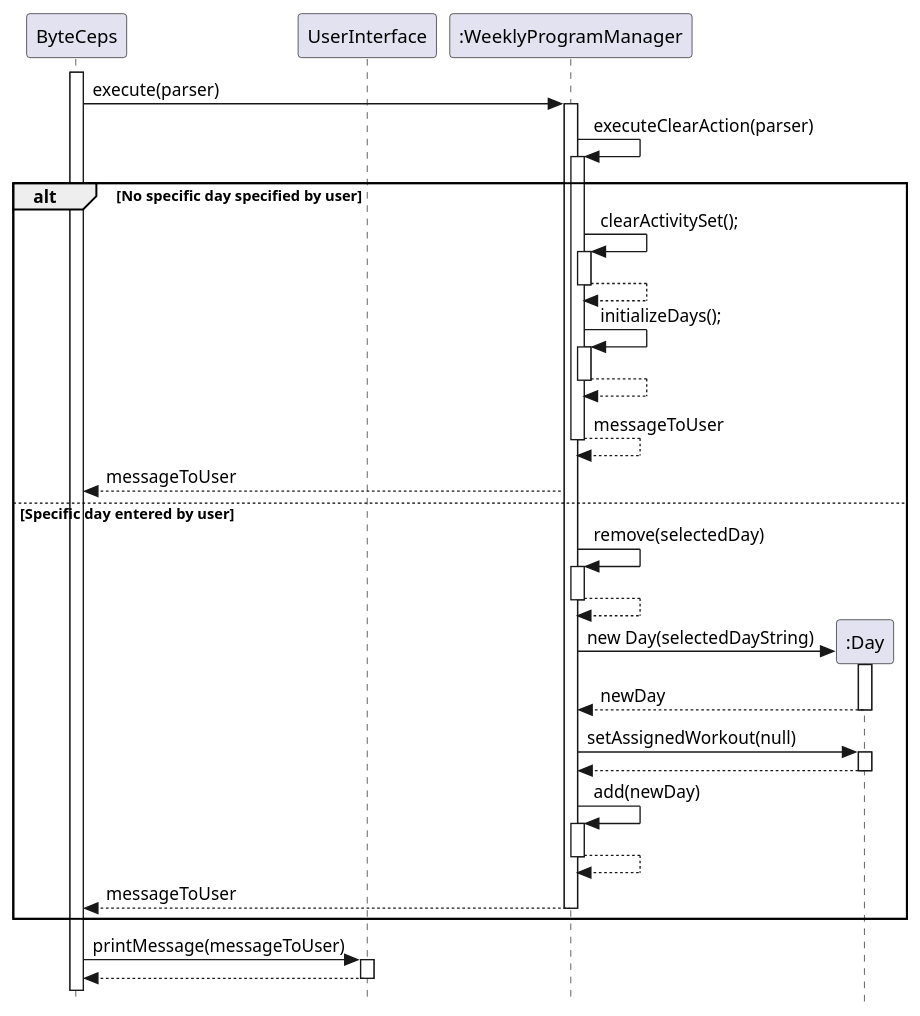
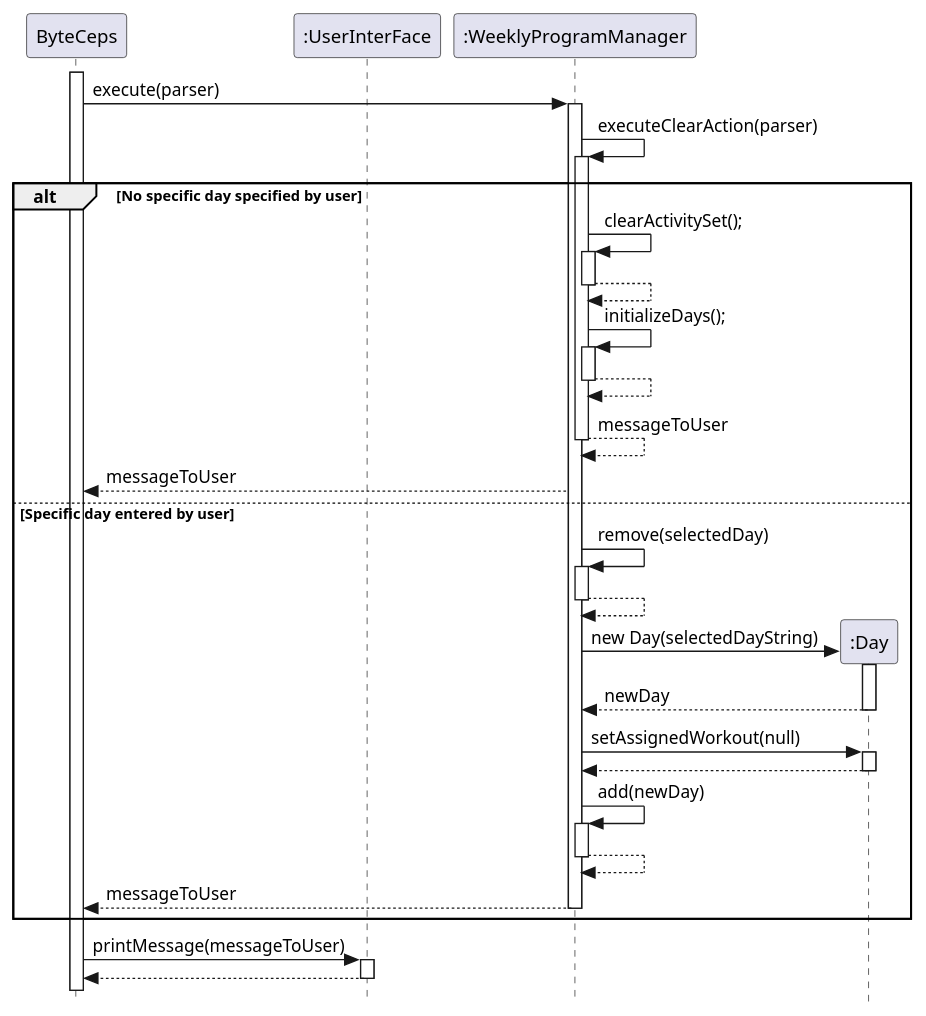
Before and after one commit to joshualeejunyi/tp: the diagram in docs/plantuml/clearProgram.puml, drawn with PlantUML. The commit also changed 11 other files, not shown here.

Commit message:
Update UML diagrams

```diff
--- a/docs/plantuml/clearProgram.puml
+++ b/docs/plantuml/clearProgram.puml
@@ -1,54 +1,54 @@
 @startuml SequenceDiagram
 skinparam classAttributeIconSize 0
 skinparam style strictuml
 
 participant ByteCeps
-participant UserInterface
+participant ":UserInterFace" as UserInterface
 participant ":WeeklyProgramManager"
 
     activate ByteCeps
     ByteCeps -> ":WeeklyProgramManager" : execute(parser)
     activate ":WeeklyProgramManager"
     ":WeeklyProgramManager" -> ":WeeklyProgramManager" : executeClearAction(parser)
     activate ":WeeklyProgramManager"
     alt No specific day specified by user
         ":WeeklyProgramManager" -> ":WeeklyProgramManager" : clearActivitySet();
         activate ":WeeklyProgramManager"
         ":WeeklyProgramManager" --> ":WeeklyProgramManager":
         deactivate ":WeeklyProgramManager"
         ":WeeklyProgramManager" -> ":WeeklyProgramManager" : initializeDays();
         activate ":WeeklyProgramManager"
         ":WeeklyProgramManager" --> ":WeeklyProgramManager":
         deactivate ":WeeklyProgramManager"
         ":WeeklyProgramManager" --> ":WeeklyProgramManager": messageToUser
         deactivate ":WeeklyProgramManager"
         ":WeeklyProgramManager" --> ByteCeps: messageToUser
     else Specific day entered by user
         ":WeeklyProgramManager" -> ":WeeklyProgramManager" : remove(selectedDay)
         activate ":WeeklyProgramManager"
         ":WeeklyProgramManager" --> ":WeeklyProgramManager":
         deactivate ":WeeklyProgramManager"
         create Day as ":Day"
         ":WeeklyProgramManager" -> Day : new Day(selectedDayString)
         activate Day
         Day --> ":WeeklyProgramManager" : newDay
         deactivate Day
         ":WeeklyProgramManager" -> Day : setAssignedWorkout(null)
         activate Day
         Day --> ":WeeklyProgramManager" :
         deactivate Day
         ":WeeklyProgramManager" -> ":WeeklyProgramManager" : add(newDay)
         activate ":WeeklyProgramManager"
         ":WeeklyProgramManager" --> ":WeeklyProgramManager":
         deactivate ":WeeklyProgramManager"
         ":WeeklyProgramManager" --> ByteCeps: messageToUser
         deactivate ":WeeklyProgramManager"
     end
 
     ByteCeps -> UserInterface: printMessage(messageToUser)
     activate UserInterface
     UserInterface --> ByteCeps :
     deactivate UserInterface
 
 
 @enduml
```
